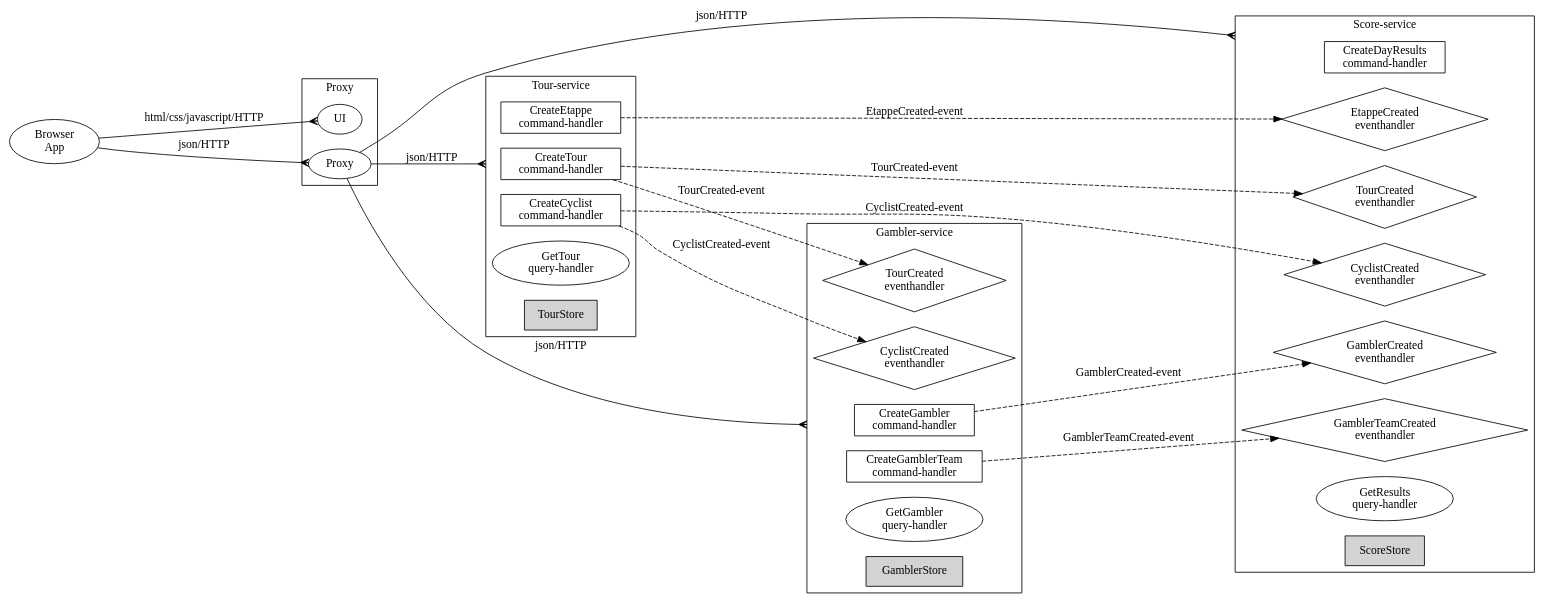
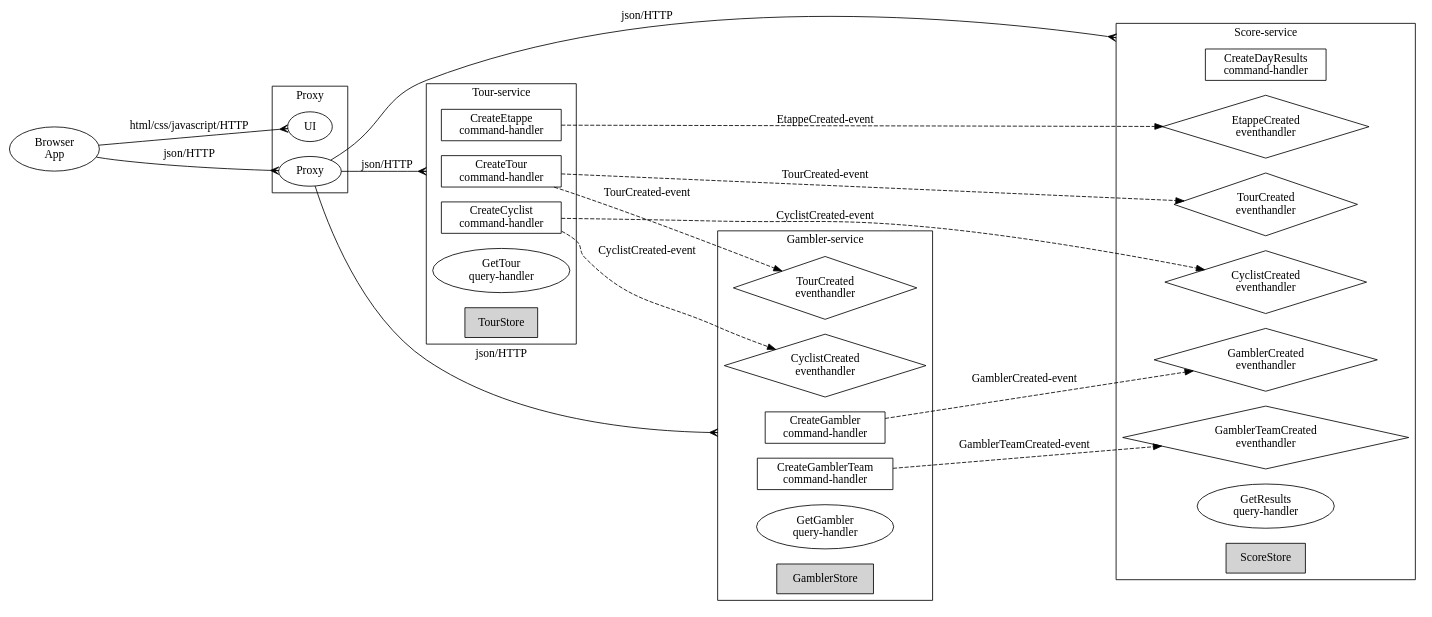
Before and after one commit to MarcGrol/microgen: the diagram in tourApp/doc/graphviz.dot, drawn with Graphviz. The commit also changed 5 other files, not shown here.

Commit message:
finalize graphviz

```diff
--- a/tourApp/doc/graphviz.dot
+++ b/tourApp/doc/graphviz.dot
@@ -1,113 +1,113 @@
 // Generated automatically by microgen: do not edit manually
 
 digraph G {
-    graph [compound=true, rankdir=LR, ranksep="1.0"];
+    graph [compound=true, rankdir=LR];
 
 	subgraph clusterproxy {
         label="Proxy";
         "UI";
         "Proxy";
     }
 
 // services
 
 	subgraph clustertour {
 		
 		label="Tour-service";
 		// events
 		
 		
 			 
 				"TourCreateTour"  [label="CreateTour\ncommand-handler", shape=box];
 			
 		
 			 
 				"TourCreateCyclist"  [label="CreateCyclist\ncommand-handler", shape=box];
 			
 		
 			 
 				"TourCreateEtappe"  [label="CreateEtappe\ncommand-handler", shape=box];
 			
 		
 			
 			    "TourGetTour"  [label="GetTour\nquery-handler"];
 			
 		
 		TourStore [shape=box, style=filled];
 	}
 
 	subgraph clustergambler {
 		
 		label="Gambler-service";
 		// events
 		
+			"GamblerCyclistCreated" [label="CyclistCreated\neventhandler", shape=diamond];
+		
 			"GamblerTourCreated" [label="TourCreated\neventhandler", shape=diamond];
-		
-			"GamblerCyclistCreated" [label="CyclistCreated\neventhandler", shape=diamond];
 		
 		
 			 
 				"GamblerCreateGambler"  [label="CreateGambler\ncommand-handler", shape=box];
 			
 		
 			 
 				"GamblerCreateGamblerTeam"  [label="CreateGamblerTeam\ncommand-handler", shape=box];
 			
 		
 			
 			    "GamblerGetGambler"  [label="GetGambler\nquery-handler"];
 			
 		
 		GamblerStore [shape=box, style=filled];
 	}
 
 	subgraph clusterscore {
 		
 		label="Score-service";
 		// events
 		
 			"ScoreTourCreated" [label="TourCreated\neventhandler", shape=diamond];
 		
 			"ScoreEtappeCreated" [label="EtappeCreated\neventhandler", shape=diamond];
 		
 			"ScoreCyclistCreated" [label="CyclistCreated\neventhandler", shape=diamond];
 		
 			"ScoreGamblerCreated" [label="GamblerCreated\neventhandler", shape=diamond];
 		
 			"ScoreGamblerTeamCreated" [label="GamblerTeamCreated\neventhandler", shape=diamond];
 		
 		
 			 
 				"ScoreCreateDayResults"  [label="CreateDayResults\ncommand-handler", shape=box];
 			
 		
 			
 			    "ScoreGetResults"  [label="GetResults\nquery-handler"];
 			
 		
 		ScoreStore [shape=box, style=filled];
 	}
 
 
 	// edges
 	"Browser\nApp" -> "UI" [label="html/css/javascript/HTTP",arrowhead=crow];
 	"Browser\nApp" -> "Proxy" [label="json/HTTP",arrowhead=crow];
 	
 
 	"Proxy" -> "TourCreateTour" [label="json/HTTP", lhead=clustertour, arrowhead=crow];
 
 	"Proxy" -> "GamblerCreateGambler" [label="json/HTTP", lhead=clustergambler, arrowhead=crow];
 
 	"Proxy" -> "ScoreCreateDayResults" [label="json/HTTP", lhead=clusterscore, arrowhead=crow];
 
 
-	"TourCreateTour" -> "GamblerTourCreated" [label="TourCreated-event", style=dashed]
-	"TourCreateTour" -> "ScoreTourCreated" [label="TourCreated-event", style=dashed]
-	"TourCreateCyclist" -> "GamblerCyclistCreated" [label="CyclistCreated-event", style=dashed]
-	"TourCreateCyclist" -> "ScoreCyclistCreated" [label="CyclistCreated-event", style=dashed]
-	"TourCreateEtappe" -> "ScoreEtappeCreated" [label="EtappeCreated-event", style=dashed]
-	"GamblerCreateGambler" -> "ScoreGamblerCreated" [label="GamblerCreated-event", style=dashed]
-	"GamblerCreateGamblerTeam" -> "ScoreGamblerTeamCreated" [label="GamblerTeamCreated-event", style=dashed]
+	"TourCreateTour" -> "GamblerTourCreated" [label="TourCreated-event", style=dashed];
+	"TourCreateTour" -> "ScoreTourCreated" [label="TourCreated-event", style=dashed];
+	"TourCreateCyclist" -> "GamblerCyclistCreated" [label="CyclistCreated-event", style=dashed];
+	"TourCreateCyclist" -> "ScoreCyclistCreated" [label="CyclistCreated-event", style=dashed];
+	"TourCreateEtappe" -> "ScoreEtappeCreated" [label="EtappeCreated-event", style=dashed];
+	"GamblerCreateGambler" -> "ScoreGamblerCreated" [label="GamblerCreated-event", style=dashed];
+	"GamblerCreateGamblerTeam" -> "ScoreGamblerTeamCreated" [label="GamblerTeamCreated-event", style=dashed];
 
 
 }
```
